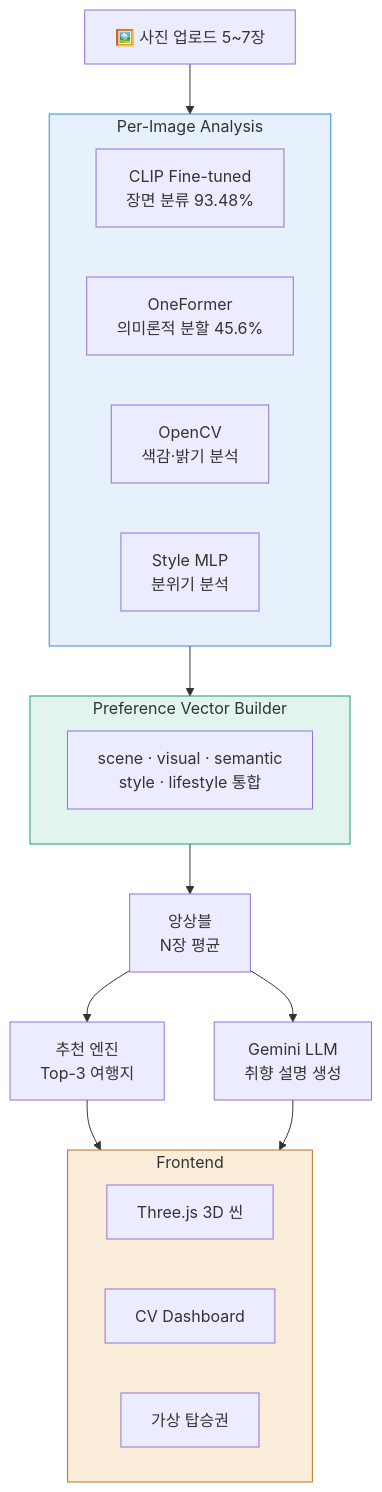
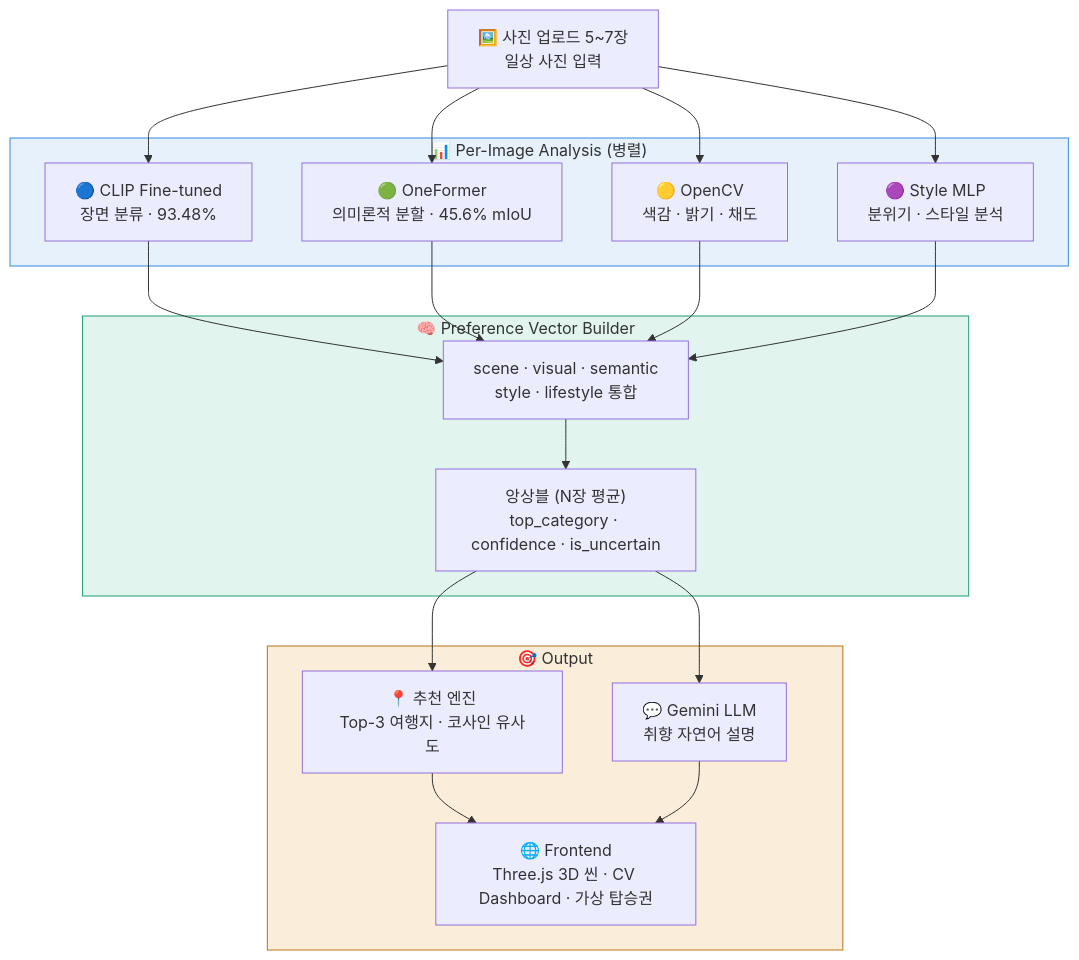
One commit to ysnni2/PhotoTrip changed the first of 2 diagrams in README.md. Above: the diagram before and after it, drawn with Mermaid. The commit also changed other lines of this file, not shown here.

````diff
--- a/README.md
+++ b/README.md
@@ -19,35 +19,34 @@
 ```mermaid
 flowchart TD
-    A[🖼️ 사진 업로드 5~7장] --> B
-
-    subgraph B[" Per-Image Analysis "]
-        C[CLIP Fine-tuned\n장면 분류 93.48%]
-        D[OneFormer\n의미론적 분할 45.6%]
-        E[OpenCV\n색감·밝기 분석]
-        F[Style MLP\n분위기 분석]
+    INPUT["🖼️ 사진 업로드 5~7장\n일상 사진 입력"]
+    INPUT --> CLIP
+    INPUT --> ONE
+    INPUT --> OCV
+    INPUT --> SMLP
+    subgraph ANALYSIS["📊 Per-Image Analysis (병렬)"]
+        CLIP["🔵 CLIP Fine-tuned\n장면 분류 · 93.48%"]
+        ONE["🟢 OneFormer\n의미론적 분할 · 45.6% mIoU"]
+        OCV["🟡 OpenCV\n색감 · 밝기 · 채도"]
+        SMLP["🟣 Style MLP\n분위기 · 스타일 분석"]
     end
-
-    B --> G
-
-    subgraph G[" Preference Vector Builder "]
-        H[scene · visual · semantic\nstyle · lifestyle 통합]
+    CLIP --> PV
+    ONE --> PV
+    OCV --> PV
+    SMLP --> PV
+    subgraph VECTOR["🧠 Preference Vector Builder"]
+        PV["scene · visual · semantic\nstyle · lifestyle 통합"]
+        PV --> ENS["앙상블 (N장 평균)\ntop_category · confidence · is_uncertain"]
     end
-
-    G --> I[앙상블\nN장 평균]
-
-    I --> J[추천 엔진\nTop-3 여행지]
-    I --> K[Gemini LLM\n취향 설명 생성]
-
-    J --> L
-    K --> L
-
-    subgraph L[" Frontend "]
-        M[Three.js 3D 씬]
-        N[CV Dashboard]
-        O[가상 탑승권]
+    ENS --> REC
+    ENS --> GEM
+    subgraph OUTPUT["🎯 Output"]
+        REC["📍 추천 엔진\nTop-3 여행지 · 코사인 유사도"]
+        GEM["💬 Gemini LLM\n취향 자연어 설명"]
+        REC --> FE
+        GEM --> FE
+        FE["🌐 Frontend\nThree.js 3D 씬 · CV Dashboard · 가상 탑승권"]
     end
-
-    style B fill:#e6f1fb,stroke:#378add
-    style G fill:#e1f5ee,stroke:#1d9e75
-    style L fill:#faeeda,stroke:#ba7517
+    style ANALYSIS fill:#e6f1fb,stroke:#378add
+    style VECTOR fill:#e1f5ee,stroke:#1d9e75
+    style OUTPUT fill:#faeeda,stroke:#ba7517
 ```
````
